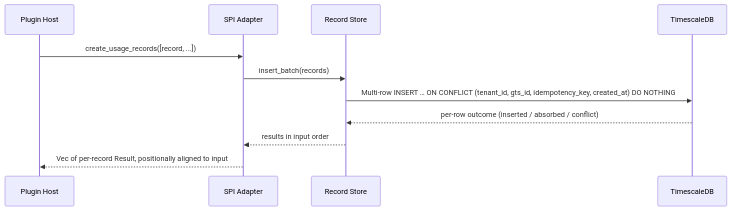
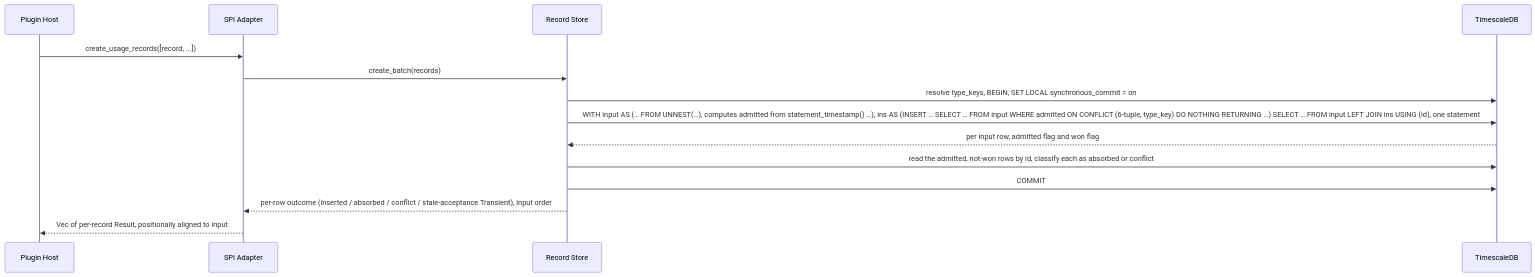
The fourth of 11 diagrams in gears/system/usage-collector/plugins/timescaledb-usage-collector-plugin/docs/DESIGN.md (Andrei-Iliushin-Constructor/gears-rust), drawn with Mermaid before and after one commit. The commit also changed other lines of this file and 38 other files, not shown here.

````diff
--- a/gears/system/usage-collector/plugins/timescaledb-usage-collector-plugin/docs/DESIGN.md
+++ b/gears/system/usage-collector/plugins/timescaledb-usage-collector-plugin/docs/DESIGN.md
@@ -426,13 +514,16 @@
 ```mermaid
 sequenceDiagram
     participant Host as Plugin Host
     participant Adapter as SPI Adapter
     participant Rec as Record Store
     participant DB as TimescaleDB
     Host->>Adapter: create_usage_records([record, ...])
-    Adapter->>Rec: insert_batch(records)
-    Rec->>DB: Multi-row INSERT … ON CONFLICT (tenant_id, gts_id, idempotency_key, created_at) DO NOTHING
-    DB-->>Rec: per-row outcome (inserted / absorbed / conflict)
-    Rec-->>Adapter: results in input order
+    Adapter->>Rec: create_batch(records)
+    Rec->>DB: resolve type_keys, BEGIN, SET LOCAL synchronous_commit = on
+    Rec->>DB: WITH input AS (… FROM UNNEST(…), computes admitted from statement_timestamp() …), ins AS (INSERT … SELECT … FROM input WHERE admitted ON CONFLICT (6-tuple, type_key) DO NOTHING RETURNING …) SELECT … FROM input LEFT JOIN ins USING (id), one statement
+    DB-->>Rec: per input row, admitted flag and won flag
+    Rec->>DB: read the admitted, not-won rows by id, classify each as absorbed or conflict
+    Rec->>DB: COMMIT
+    Rec-->>Adapter: per-row outcome (inserted / absorbed / conflict / stale-acceptance Transient), input order
     Adapter-->>Host: Vec of per-record Result, positionally aligned to input
 ```
````
